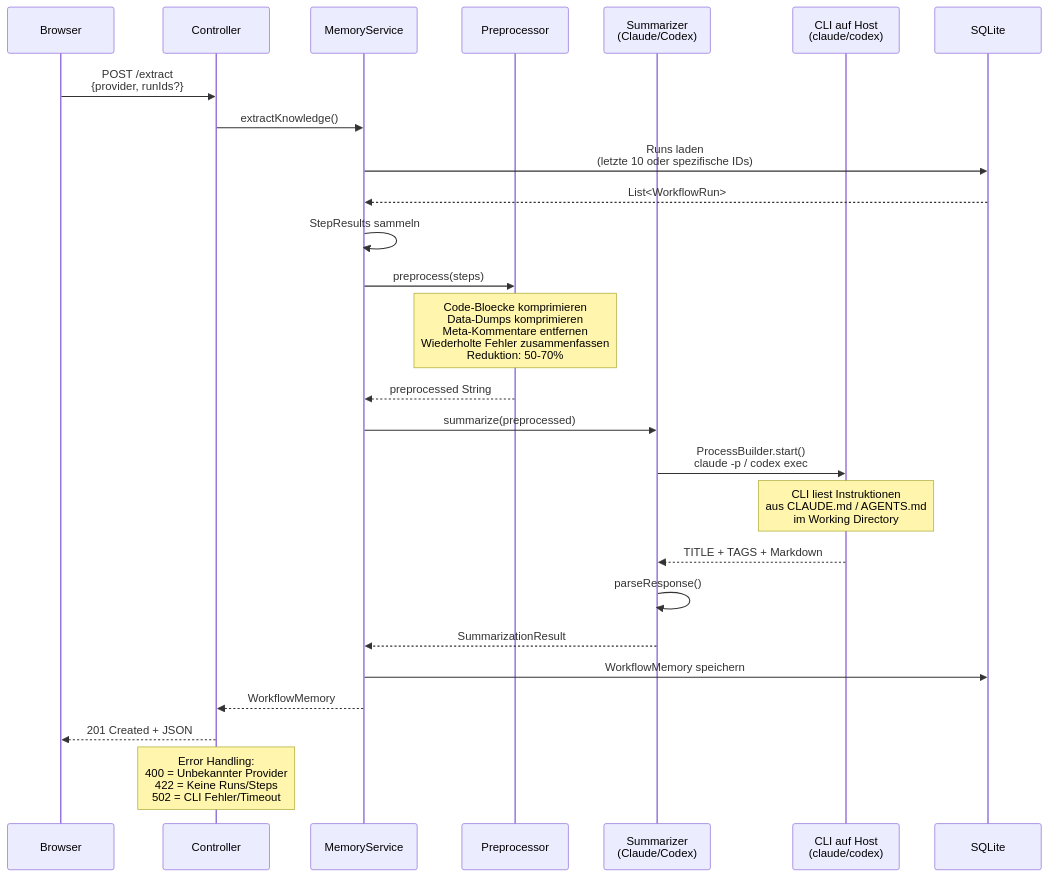
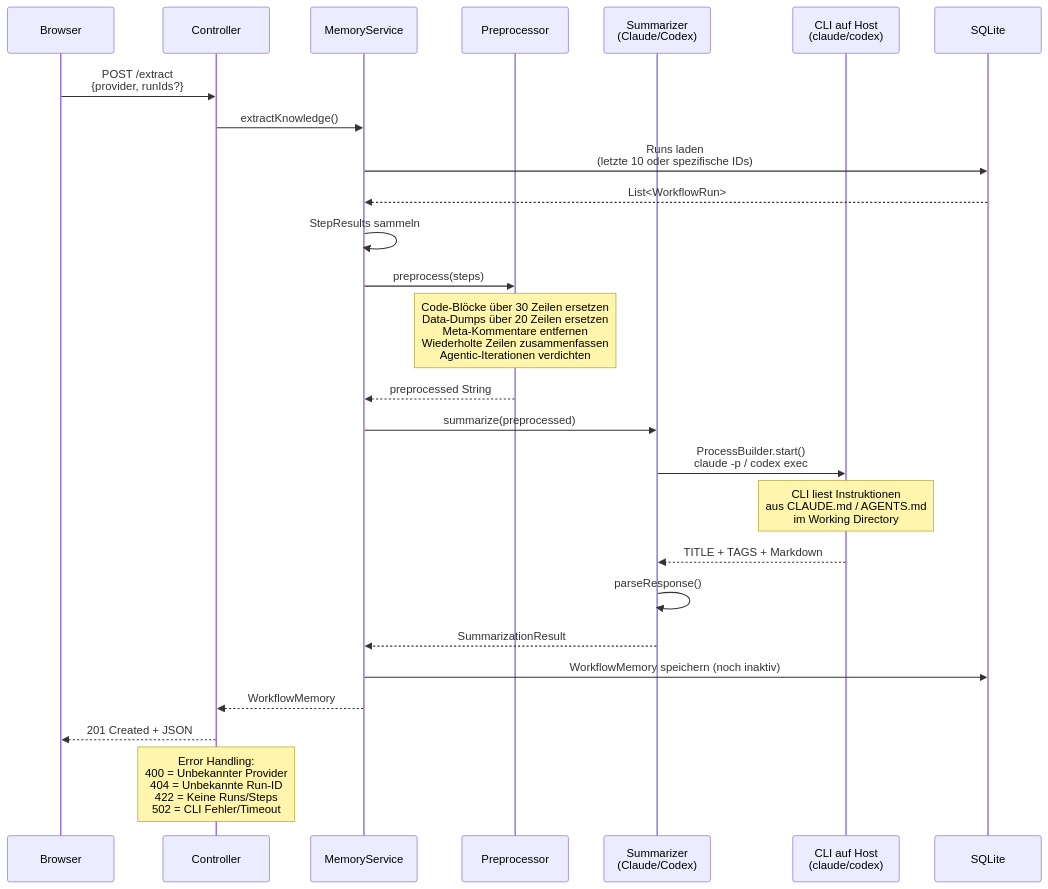
The second of 7 diagrams in docs/workflow-memory-diagrams.md (FLSEST/MySuricates), drawn with Mermaid before and after one commit. The commit also changed other lines of this file and 4 other files, not shown here.

First line of the commit message:
docs(diagramme): Memory page describes the current state instead of an old refactoring

````diff
--- a/docs/workflow-memory-diagrams.md
+++ b/docs/workflow-memory-diagrams.md
@@ -58,30 +60,30 @@
 ```mermaid
 sequenceDiagram
     participant B as Browser
     participant C as Controller
     participant S as MemoryService
     participant P as Preprocessor
     participant SM as Summarizer<br/>(Claude/Codex)
     participant CLI as CLI auf Host<br/>(claude/codex)
     participant DB as SQLite
 
     B->>C: POST /extract<br/>{provider, runIds?}
     C->>S: extractKnowledge()
     S->>DB: Runs laden<br/>(letzte 10 oder spezifische IDs)
     DB-->>S: List<WorkflowRun>
     S->>S: StepResults sammeln
     S->>P: preprocess(steps)
-    Note over P: Code-Bloecke komprimieren<br/>Data-Dumps komprimieren<br/>Meta-Kommentare entfernen<br/>Wiederholte Fehler zusammenfassen<br/>Reduktion: 50-70%
+    Note over P: Code-Blöcke über 30 Zeilen ersetzen<br/>Data-Dumps über 20 Zeilen ersetzen<br/>Meta-Kommentare entfernen<br/>Wiederholte Zeilen zusammenfassen<br/>Agentic-Iterationen verdichten
     P-->>S: preprocessed String
     S->>SM: summarize(preprocessed)
     SM->>CLI: ProcessBuilder.start()<br/>claude -p / codex exec
     Note over CLI: CLI liest Instruktionen<br/>aus CLAUDE.md / AGENTS.md<br/>im Working Directory
     CLI-->>SM: TITLE + TAGS + Markdown
     SM->>SM: parseResponse()
     SM-->>S: SummarizationResult
-    S->>DB: WorkflowMemory speichern
+    S->>DB: WorkflowMemory speichern (noch inaktiv)
     S-->>C: WorkflowMemory
     C-->>B: 201 Created + JSON
 
-    Note over C: Error Handling:<br/>400 = Unbekannter Provider<br/>422 = Keine Runs/Steps<br/>502 = CLI Fehler/Timeout
+    Note over C: Error Handling:<br/>400 = Unbekannter Provider<br/>404 = Unbekannte Run-ID<br/>422 = Keine Runs/Steps<br/>502 = CLI Fehler/Timeout
 ```
````
